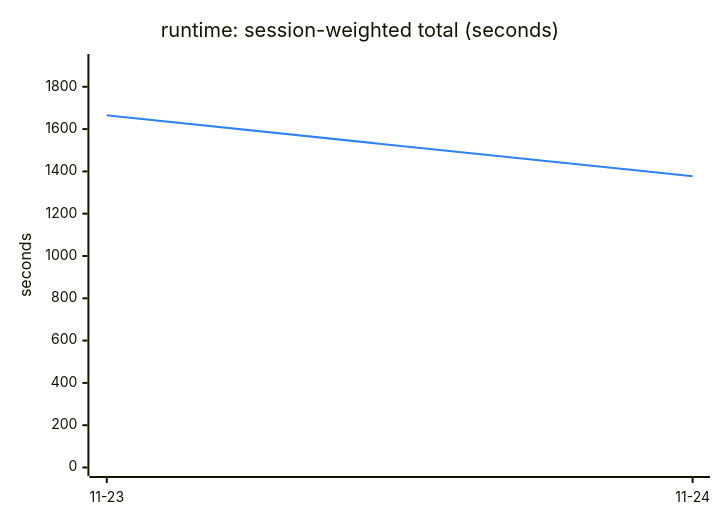
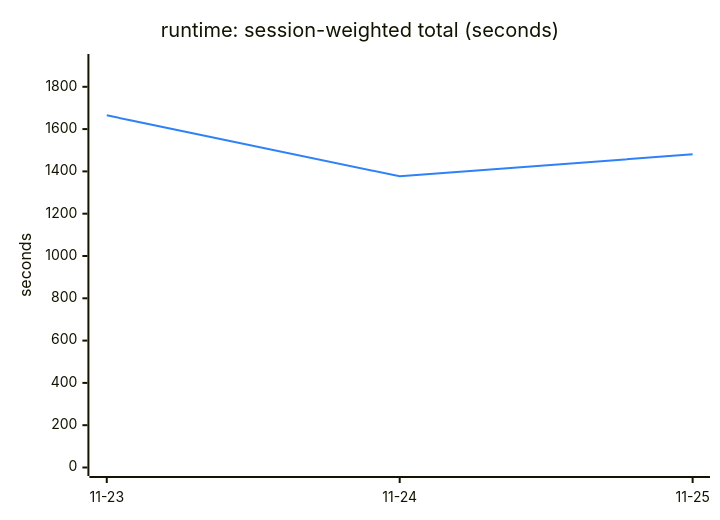
One commit to engalar/mxcli changed the sixth of 6 diagrams in TREND.md. Above: the diagram before and after it, drawn with Mermaid. The commit also changed other lines of this file and 2 other files, not shown here.

````diff
--- a/TREND.md
+++ b/TREND.md
@@ -137,13 +137,13 @@
 ```mermaid
 ---
 config:
   themeVariables:
     xyChart:
       plotColorPalette: "#2f81f7"
 ---
 xychart-beta
     title "runtime: session-weighted total (seconds)"
-    x-axis ["11-23", "11-24"]
+    x-axis ["11-23", "11-24", "11-25"]
     y-axis "seconds" 0 --> 1914.83
-    line [1665.07, 1376.89]
+    line [1665.07, 1376.89, 1480.64]
 ```
````
